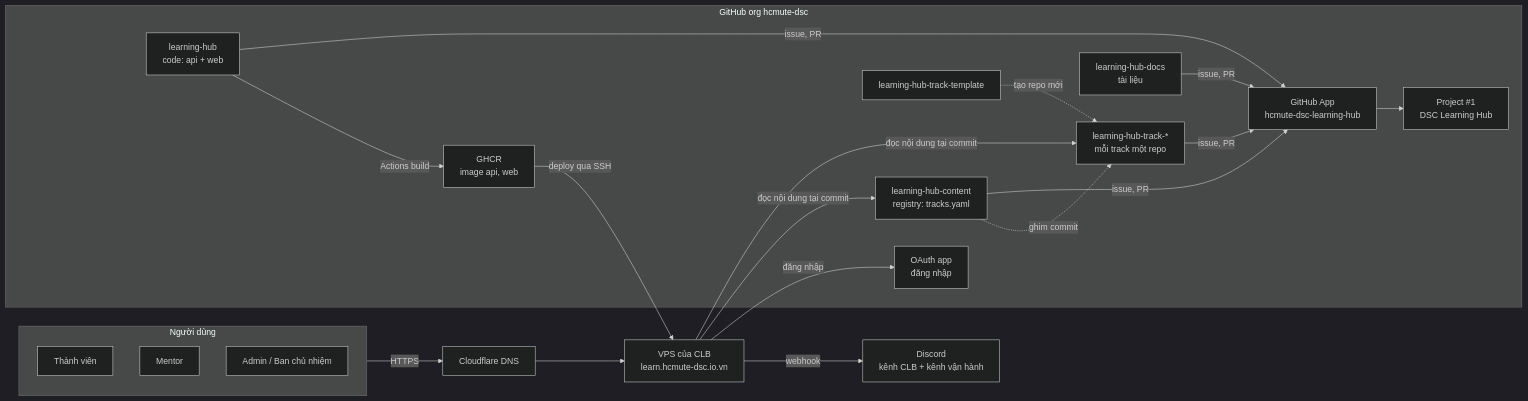
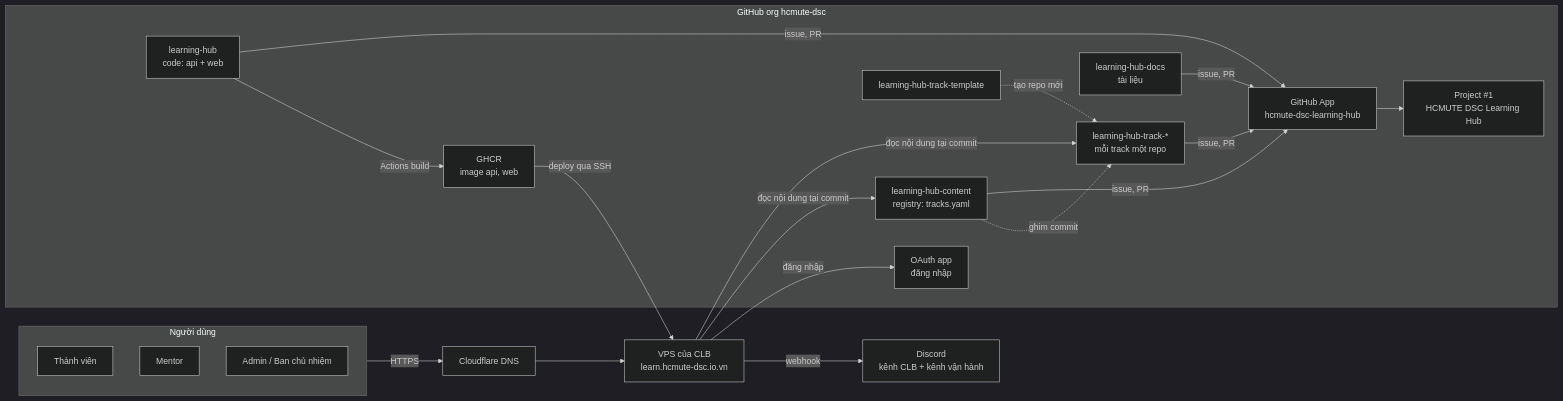
Before and after one commit to hcmute-dsc/learning-hub-docs: the first of 11 diagrams in docs/ops/SYSTEM-OVERVIEW.md, drawn with Mermaid (dark theme). The commit also changed 8 other files, not shown here.

Commit message:
Docs: name the club "HCMUTE DSC", never "DSC" alone (#54)

````diff
--- a/docs/ops/SYSTEM-OVERVIEW.md
+++ b/docs/ops/SYSTEM-OVERVIEW.md
@@ -21,34 +21,34 @@
 ```mermaid
 flowchart LR
   subgraph Users["Người dùng"]
     Mem["Thành viên"]
     Men["Mentor"]
     Adm["Admin / Ban chủ nhiệm"]
   end
 
   subgraph GitHub["GitHub org hcmute-dsc"]
     App["learning-hub<br/>code: api + web"]
     Reg["learning-hub-content<br/>registry: tracks.yaml"]
     Tracks["learning-hub-track-*<br/>mỗi track một repo"]
     Tpl["learning-hub-track-template"]
     Docs["learning-hub-docs<br/>tài liệu"]
-    Board["Project #1<br/>DSC Learning Hub"]
+    Board["Project #1<br/>HCMUTE DSC Learning Hub"]
     GApp["GitHub App<br/>hcmute-dsc-learning-hub"]
     OAuth["OAuth app<br/>đăng nhập"]
     GHCR["GHCR<br/>image api, web"]
   end
 
   VPS["VPS của CLB<br/>learn.hcmute-dsc.io.vn"]
   DC["Discord<br/>kênh CLB + kênh vận hành"]
   CF["Cloudflare DNS"]
 
   Users -->|HTTPS| CF --> VPS
   VPS -->|đăng nhập| OAuth
   VPS -->|đọc nội dung tại commit| Reg
   VPS -->|đọc nội dung tại commit| Tracks
   Tpl -. tạo repo mới .-> Tracks
   Reg -. ghim commit .-> Tracks
   App -->|Actions build| GHCR -->|deploy qua SSH| VPS
   VPS -->|webhook| DC
   App & Reg & Docs & Tracks -->|issue, PR| GApp --> Board
 ```
````
